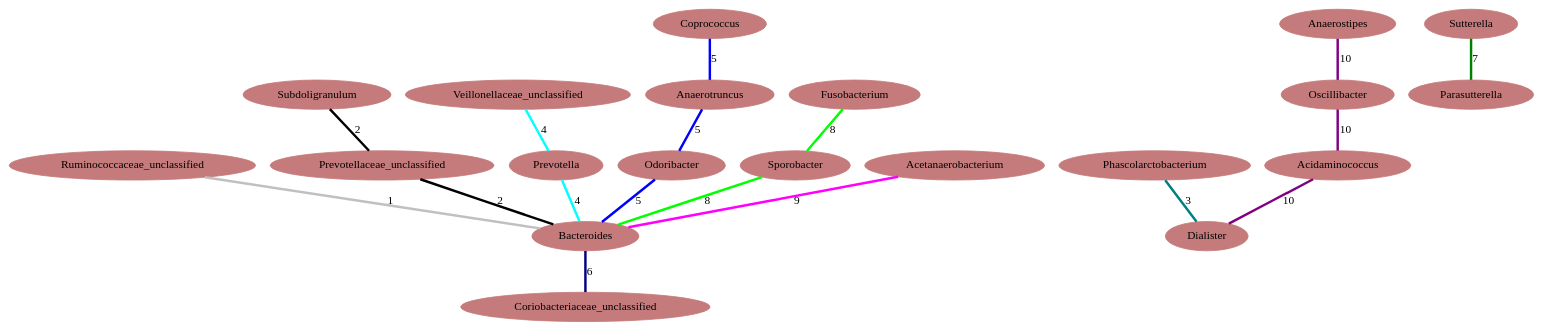
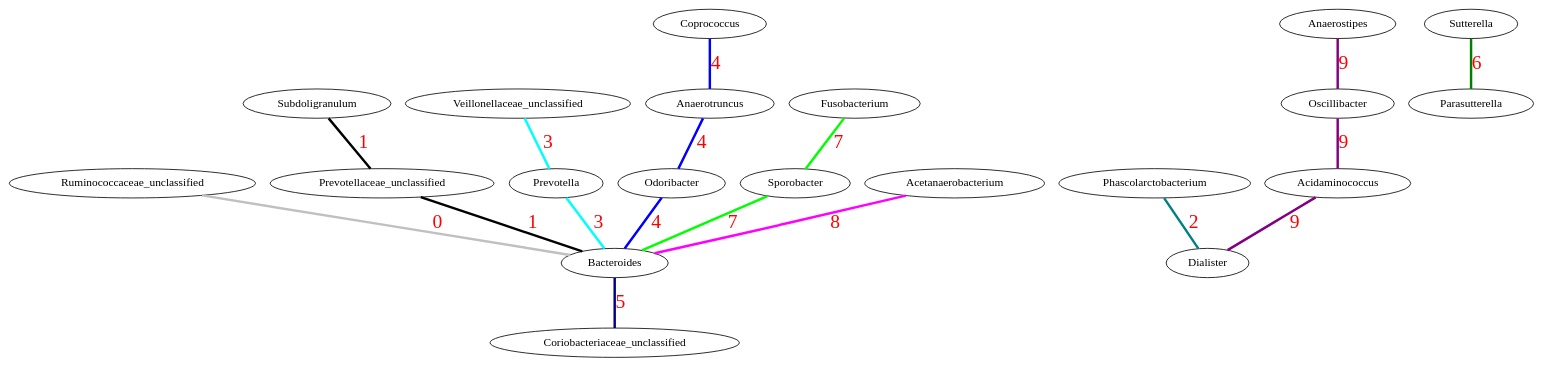
One commit to AndersHqst/thesis changed the diagram in experiments/2b/summary.dot. Above: the diagram before and after it, drawn with Graphviz. The commit also changed 9 other files, not shown here.

```diff
--- a/experiments/2b/summary.dot
+++ b/experiments/2b/summary.dot
@@ -1,59 +1,69 @@
 graph G { 
 
-//Pattern: 0
-Ruminococcaceae_unclassified [color="#C57B7B", style=filled]
-Bacteroides [color="#C57B7B", style=filled]
-edge [color="#c0c0c0", penwidth=3, label="1"]
-Ruminococcaceae_unclassified -- Bacteroides
-//Pattern: 1
-Subdoligranulum [color="#C57B7B", style=filled]
-Prevotellaceae_unclassified [color="#C57B7B", style=filled]
-Bacteroides [color="#C57B7B", style=filled]
-edge [color="#000000", penwidth=3, label="2"]
-Subdoligranulum -- Prevotellaceae_unclassified -- Bacteroides
-//Pattern: 2
-Phascolarctobacterium [color="#C57B7B", style=filled]
-Dialister [color="#C57B7B", style=filled]
-edge [color="#008080", penwidth=3, label="3"]
-Phascolarctobacterium -- Dialister
-//Pattern: 3
-Veillonellaceae_unclassified [color="#C57B7B", style=filled]
-Prevotella [color="#C57B7B", style=filled]
-Bacteroides [color="#C57B7B", style=filled]
-edge [color="#00ffff", penwidth=3, label="4"]
-Veillonellaceae_unclassified -- Prevotella -- Bacteroides
-//Pattern: 4
-Coprococcus [color="#C57B7B", style=filled]
-Anaerotruncus [color="#C57B7B", style=filled]
-Odoribacter [color="#C57B7B", style=filled]
-Bacteroides [color="#C57B7B", style=filled]
-edge [color="#0000ff", penwidth=3, label="5"]
-Coprococcus -- Anaerotruncus -- Odoribacter -- Bacteroides
-//Pattern: 5
-Bacteroides [color="#C57B7B", style=filled]
-Coriobacteriaceae_unclassified [color="#C57B7B", style=filled]
-edge [color="#000080", penwidth=3, label="6"]
-Bacteroides -- Coriobacteriaceae_unclassified
-//Pattern: 6
-Sutterella [color="#C57B7B", style=filled]
-Parasutterella [color="#C57B7B", style=filled]
-edge [color="#008000", penwidth=3, label="7"]
-Sutterella -- Parasutterella
-//Pattern: 7
-Fusobacterium [color="#C57B7B", style=filled]
-Sporobacter [color="#C57B7B", style=filled]
-Bacteroides [color="#C57B7B", style=filled]
-edge [color="#00ff00", penwidth=3, label="8"]
-Fusobacterium -- Sporobacter -- Bacteroides
-//Pattern: 8
-Acetanaerobacterium [color="#C57B7B", style=filled]
-Bacteroides [color="#C57B7B", style=filled]
-edge [color="#ff00ff", penwidth=3, label="9"]
-Acetanaerobacterium -- Bacteroides
-//Pattern: 9
-Anaerostipes [color="#C57B7B", style=filled]
-Oscillibacter [color="#C57B7B", style=filled]
-Acidaminococcus [color="#C57B7B", style=filled]
-Dialister [color="#C57B7B", style=filled]
-edge [color="#800080", penwidth=3, label="10"]
-Anaerostipes -- Oscillibacter -- Acidaminococcus -- Dialister}
+
+	//Pattern: 0
+	Ruminococcaceae_unclassified
+	Bacteroides
+	edge [color="#c0c0c0", penwidth=3, label="0", fontcolor="red", fontname="Helvetica bold", fontsize=24]
+	Ruminococcaceae_unclassified -- Bacteroides
+
+	//Pattern: 1
+	Subdoligranulum
+	Prevotellaceae_unclassified
+	Bacteroides
+	edge [color="#000000", penwidth=3, label="1", fontcolor="red", fontname="Helvetica bold", fontsize=24]
+	Subdoligranulum -- Prevotellaceae_unclassified -- Bacteroides
+
+	//Pattern: 2
+	Phascolarctobacterium
+	Dialister
+	edge [color="#008080", penwidth=3, label="2", fontcolor="red", fontname="Helvetica bold", fontsize=24]
+	Phascolarctobacterium -- Dialister
+
+	//Pattern: 3
+	Veillonellaceae_unclassified
+	Prevotella
+	Bacteroides
+	edge [color="#00ffff", penwidth=3, label="3", fontcolor="red", fontname="Helvetica bold", fontsize=24]
+	Veillonellaceae_unclassified -- Prevotella -- Bacteroides
+
+	//Pattern: 4
+	Coprococcus
+	Anaerotruncus
+	Odoribacter
+	Bacteroides
+	edge [color="#0000ff", penwidth=3, label="4", fontcolor="red", fontname="Helvetica bold", fontsize=24]
+	Coprococcus -- Anaerotruncus -- Odoribacter -- Bacteroides
+
+	//Pattern: 5
+	Bacteroides
+	Coriobacteriaceae_unclassified
+	edge [color="#000080", penwidth=3, label="5", fontcolor="red", fontname="Helvetica bold", fontsize=24]
+	Bacteroides -- Coriobacteriaceae_unclassified
+
+	//Pattern: 6
+	Sutterella
+	Parasutterella
+	edge [color="#008000", penwidth=3, label="6", fontcolor="red", fontname="Helvetica bold", fontsize=24]
+	Sutterella -- Parasutterella
+
+	//Pattern: 7
+	Fusobacterium
+	Sporobacter
+	Bacteroides
+	edge [color="#00ff00", penwidth=3, label="7", fontcolor="red", fontname="Helvetica bold", fontsize=24]
+	Fusobacterium -- Sporobacter -- Bacteroides
+
+	//Pattern: 8
+	Acetanaerobacterium
+	Bacteroides
+	edge [color="#ff00ff", penwidth=3, label="8", fontcolor="red", fontname="Helvetica bold", fontsize=24]
+	Acetanaerobacterium -- Bacteroides
+
+	//Pattern: 9
+	Anaerostipes
+	Oscillibacter
+	Acidaminococcus
+	Dialister
+	edge [color="#800080", penwidth=3, label="9", fontcolor="red", fontname="Helvetica bold", fontsize=24]
+	Anaerostipes -- Oscillibacter -- Acidaminococcus -- Dialister}
```
